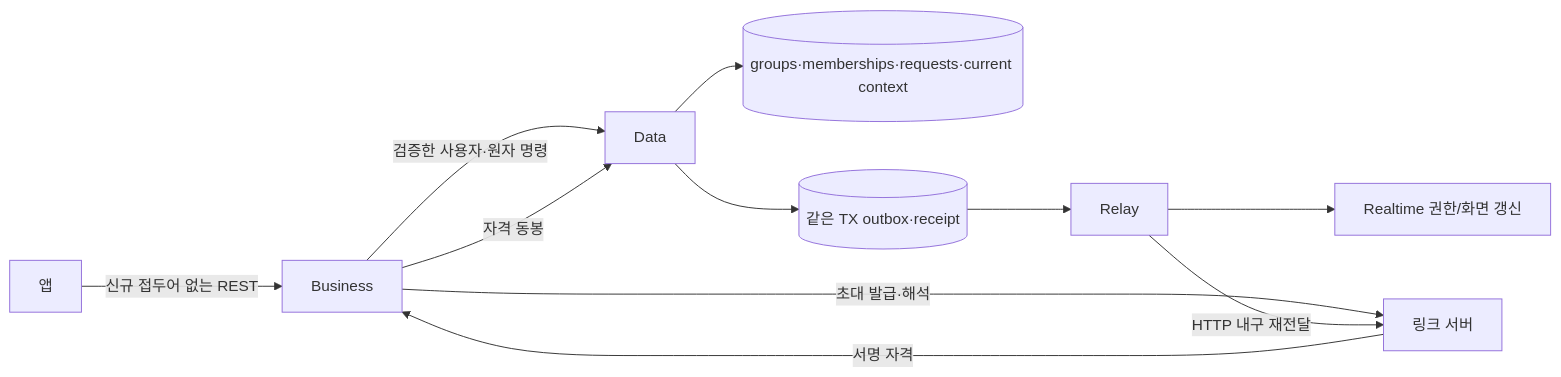
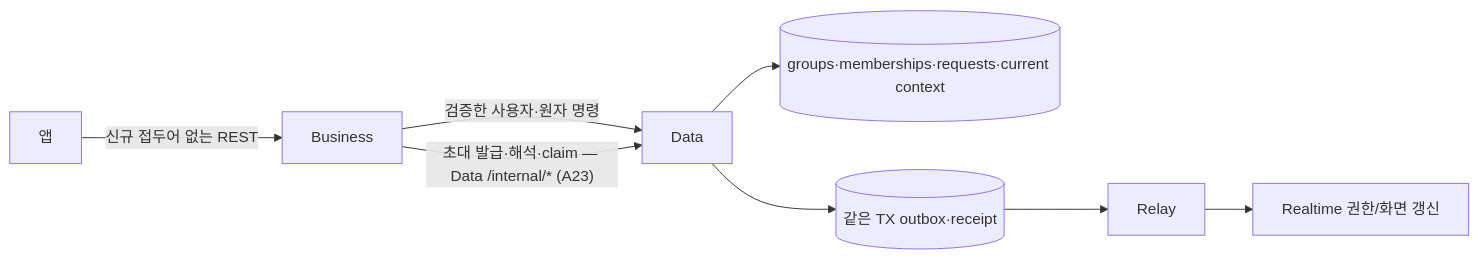
The first of 3 diagrams in docs/prd/fishcat/island-membership/high-level-design.md (OneOrThree/phone), drawn with Mermaid before and after one commit. The commit also changed other lines of this file and 14 other files, not shown here.

````diff
--- a/docs/prd/fishcat/island-membership/high-level-design.md
+++ b/docs/prd/fishcat/island-membership/high-level-design.md
@@ -7,13 +7,11 @@
 ```mermaid
 flowchart LR
     App[앱] -->|신규 접두어 없는 REST| B[Business]
     B -->|검증한 사용자·원자 명령| D[Data]
     D --> DB[(groups·memberships·requests·current context)]
     D --> O[(같은 TX outbox·receipt)]
-    B -->|초대 발급·해석| L[링크 서버]
-    L -->|서명 자격| B
-    B -->|자격 동봉| D
+    B -->|"초대 발급·해석·claim — Data /internal/* (A23)"| D
     O --> Relay[Relay]
     Relay --> R[Realtime 권한/화면 갱신]
-    Relay -->|HTTP 내구 재전달| L
+    %% A23(2026-09-13): 링크 서버 노드·서명 자격·HTTP 내구 재전달 제거 — 링크 원장은 Data 의 같은 DB
 ```
````
